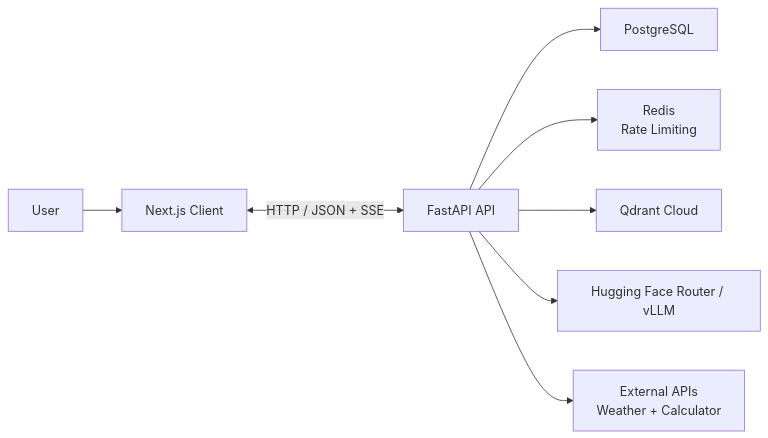
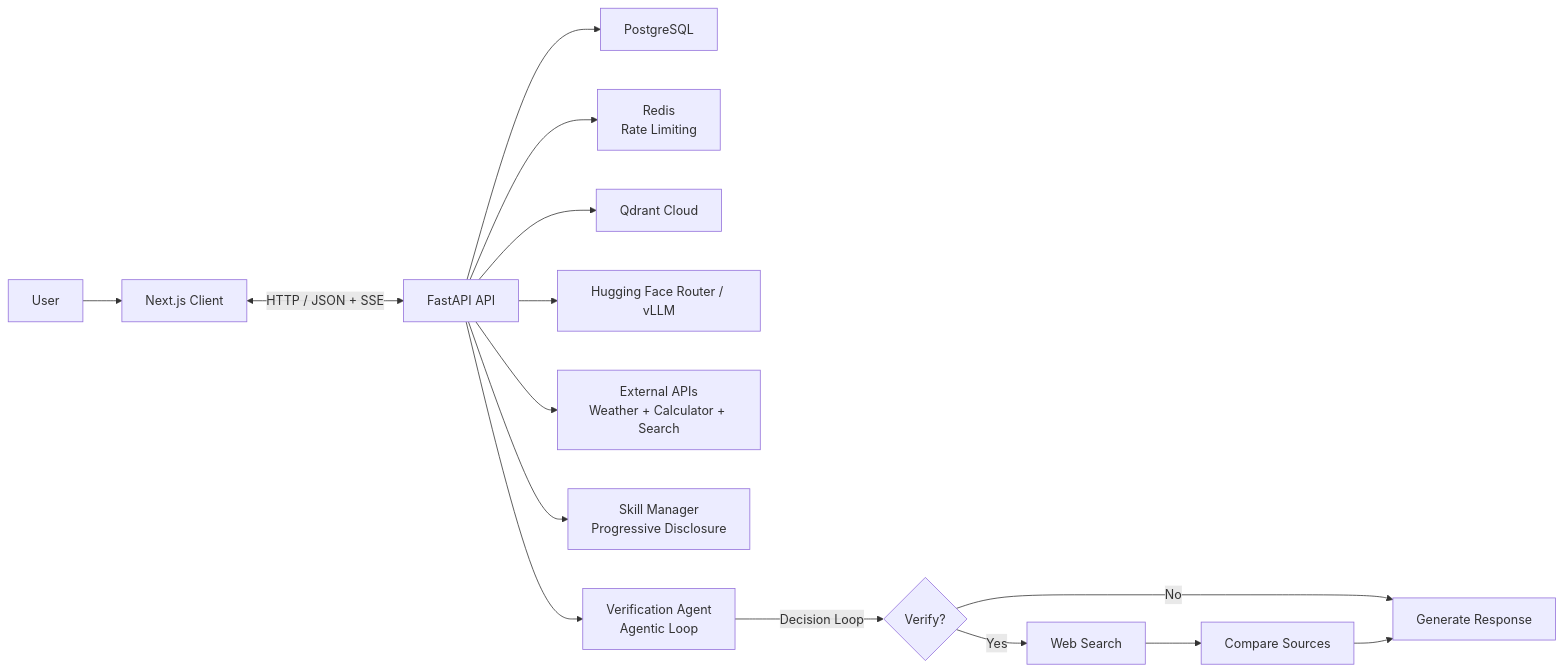
The first of 10 diagrams in readme.md (Nitesh-Baniya/Fuse_Week_15), drawn with Mermaid before and after one commit. The commit also changed other lines of this file and 11 other files, not shown here.

First line of the commit message:
feat: Implement web search tool for agentic verification

````diff
--- a/readme.md
+++ b/readme.md
@@ -12,10 +16,18 @@
 ```mermaid
 flowchart LR
     User["User"] --> Client["Next.js Client"]
     Client <-->|"HTTP / JSON + SSE"| API["FastAPI API"]
     API --> PostgreSQL["PostgreSQL"]
     API --> Redis["Redis\nRate Limiting"]
     API --> Qdrant["Qdrant Cloud"]
     API --> LLM["Hugging Face Router / vLLM"]
-    API --> External["External APIs\nWeather + Calculator"]
+    API --> External["External APIs\nWeather + Calculator + Search"]
+    API --> Skills["Skill Manager\nProgressive Disclosure"]
+    API --> Verification["Verification Agent\nAgentic Loop"]
+    
+    Verification -->|"Decision Loop"| Eval{"Verify?"}
+    Eval -->|"Yes"| Search[Web Search]
+    Eval -->|"No"| Response[Generate Response]
+    Search --> Compare[Compare Sources]
+    Compare --> Response
 ```
````
